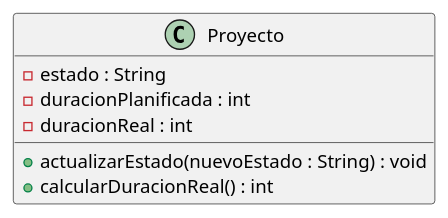
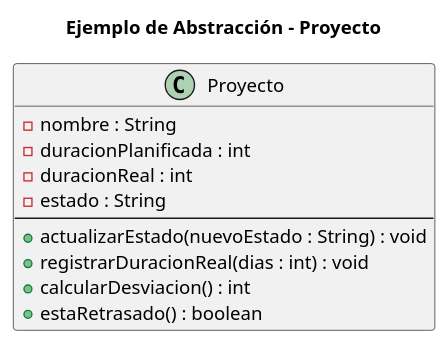
The diagram in diagramas/01-diagrama-clases/Ejemplo-de-abstracción(Santiago-Samitier).puml (GonzaloBarbano/SistemaProductoraVideos), drawn with PlantUML before and after one commit. The commit also changed 17 other files, not shown here.

```diff
--- a/diagramas/01-diagrama-clases/Ejemplo-de-abstracción(Santiago-Samitier).puml
+++ b/diagramas/01-diagrama-clases/Ejemplo-de-abstracción(Santiago-Samitier).puml
@@ -1,9 +1,15 @@
 @startuml
+title Ejemplo de Abstracción - Proyecto
+
 class Proyecto {
-- estado : String
-- duracionPlanificada : int
-- duracionReal : int
-+ actualizarEstado(nuevoEstado : String) : void
-+ calcularDuracionReal() : int
+    - nombre : String
+    - duracionPlanificada : int
+    - duracionReal : int
+    - estado : String
+    --
+    + actualizarEstado(nuevoEstado : String) : void
+    + registrarDuracionReal(dias : int) : void
+    + calcularDesviacion() : int
+    + estaRetrasado() : boolean
 }
 @enduml
```
